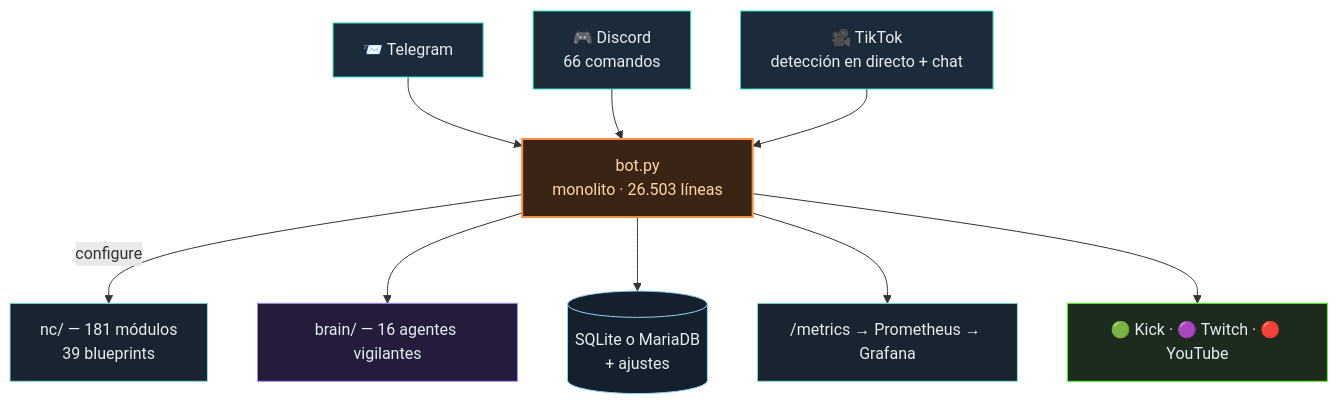
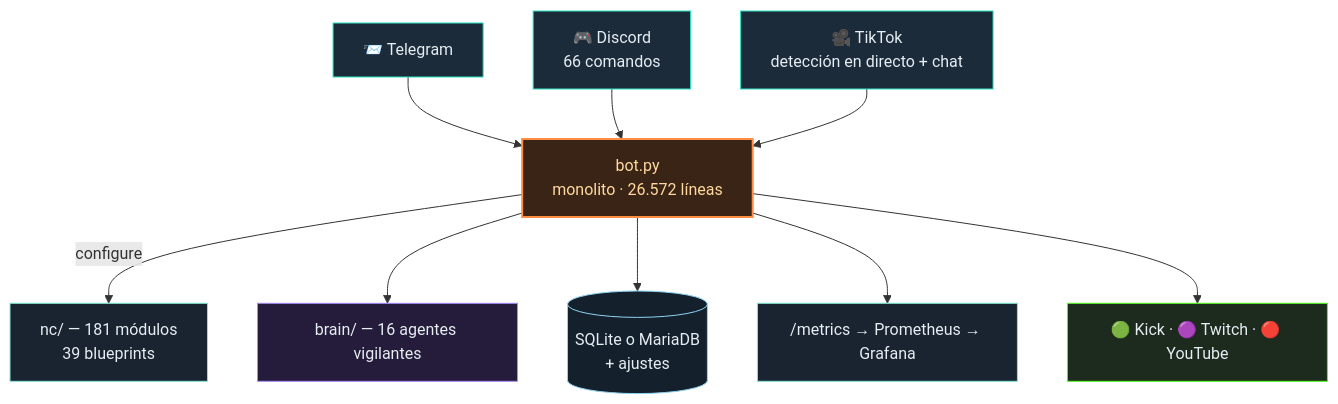
The diagram in README.es.md (itsamemedev/Telegram-Stream-Info-Bot), drawn with Mermaid before and after one commit. The commit also changed other lines of this file and 14 other files, not shown here.

````diff
--- a/README.es.md
+++ b/README.es.md
@@ -64,18 +64,18 @@
 ```mermaid
 flowchart TB
     TG["📨 Telegram"]:::ein --> BOT
     DC["🎮 Discord<br/>66 comandos"]:::ein --> BOT
     TT["🎥 TikTok<br/>detección en directo + chat"]:::ein --> BOT
-    BOT["bot.py<br/>monolito · 26.503 líneas"]:::core
+    BOT["bot.py<br/>monolito · 26.572 líneas"]:::core
     BOT -->|configure| NC["nc/ — 181 módulos<br/>39 blueprints"]:::lib
     BOT --> BRAIN["brain/ — 16 agentes vigilantes"]:::brain
     BOT --> DB[("SQLite o MariaDB<br/>+ ajustes")]:::db
     BOT --> PROM["/metrics → Prometheus → Grafana"]:::lib
     BOT --> OUT["🟢 Kick · 🟣 Twitch · 🔴 YouTube"]:::out
     classDef ein fill:#1c2b3a,stroke:#2de1c2,color:#e6edf3
     classDef core fill:#3a2415,stroke:#ff8c42,stroke-width:2px,color:#ffd9a0
     classDef lib fill:#1a2430,stroke:#7fe7d4,color:#e6edf3
     classDef brain fill:#241c3a,stroke:#a78bfa,color:#e6edf3
     classDef db fill:#14202c,stroke:#8fd3f4,color:#e6edf3
     classDef out fill:#1c2b1e,stroke:#53fc18,color:#e6edf3
 ```
````
